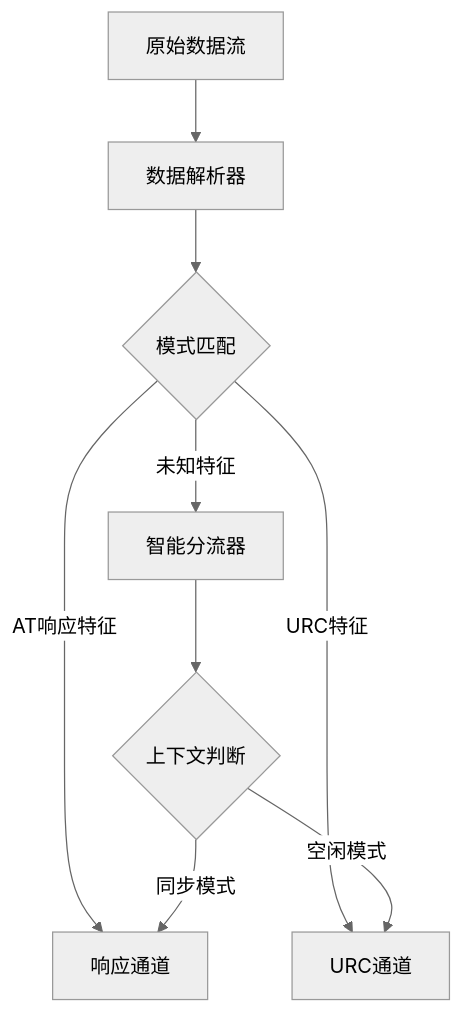
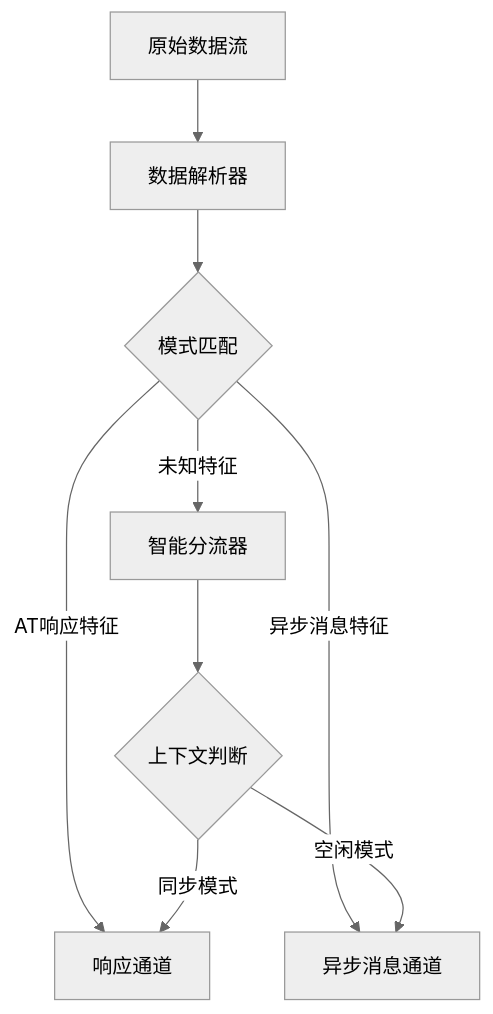
Before and after one commit to niusulong/serial2mcp1: the fifth of 5 diagrams in doc/05-软件实现架构文档.md, drawn with Mermaid (neutral theme). The commit also changed other lines of this file and 13 other files, not shown here.

````diff
--- a/doc/05-软件实现架构文档.md
+++ b/doc/05-软件实现架构文档.md
@@ -291,13 +291,13 @@
 ```mermaid
 flowchart TD
     Data[原始数据流] --> Parser[数据解析器]
     Parser --> Pattern{模式匹配}
 
     Pattern -->|AT响应特征| Response[响应通道]
-    Pattern -->|URC特征| URC[URC通道]
+    Pattern -->|异步消息特征| Async[异步消息通道]
     Pattern -->|未知特征| Fallback[智能分流器]
 
     Fallback --> Context{上下文判断}
     Context -->|同步模式| Response
-    Context -->|空闲模式| URC
+    Context -->|空闲模式| Async
 ```
````
